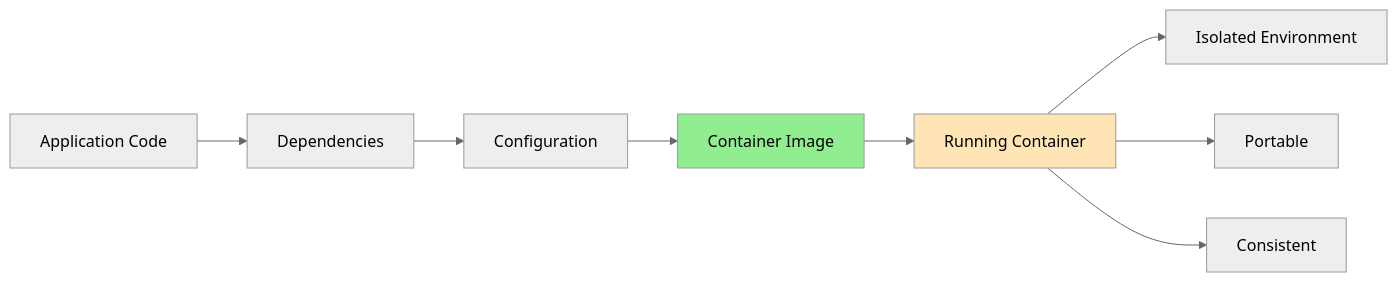
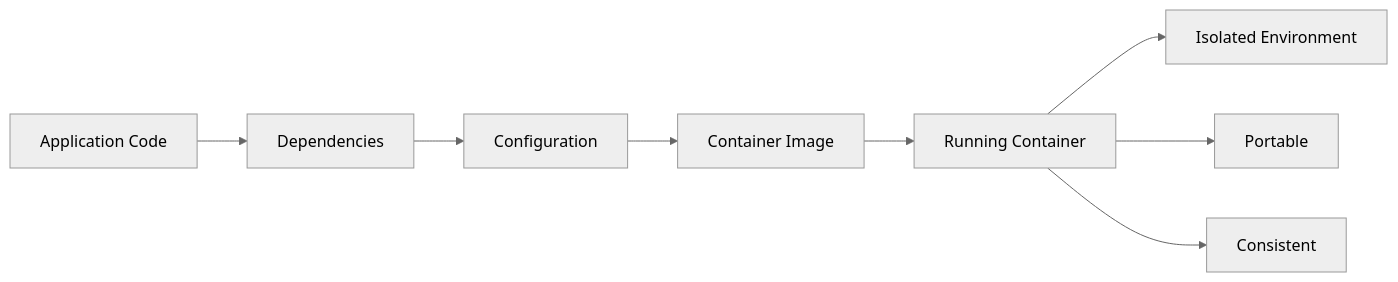
One commit to 4gh0rn/dev-blog changed the first of 4 diagrams in docs/projects/baby-tools-shop.md. Above: the diagram before and after it, drawn with Mermaid (neutral theme). The commit also changed other lines of this file and 17 other files, not shown here.

````diff
--- a/docs/projects/baby-tools-shop.md
+++ b/docs/projects/baby-tools-shop.md
@@ -45,14 +45,11 @@
 ```mermaid
 graph LR
     A[Application Code] --> B[Dependencies]
     B --> C[Configuration]
     C --> D[Container Image]
     D --> E[Running Container]
     
     E --> E1[Isolated Environment]
     E --> E2[Portable]
     E --> E3[Consistent]
-    
-    style D fill:#90EE90
-    style E fill:#FFE4B5
 ```
````
